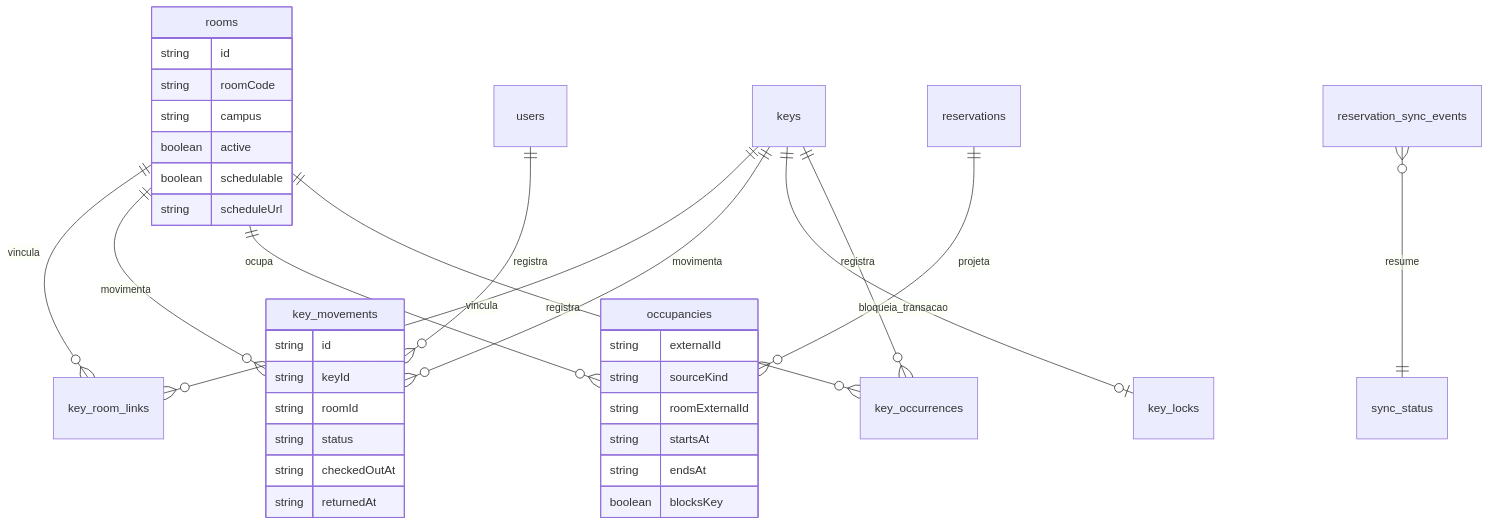
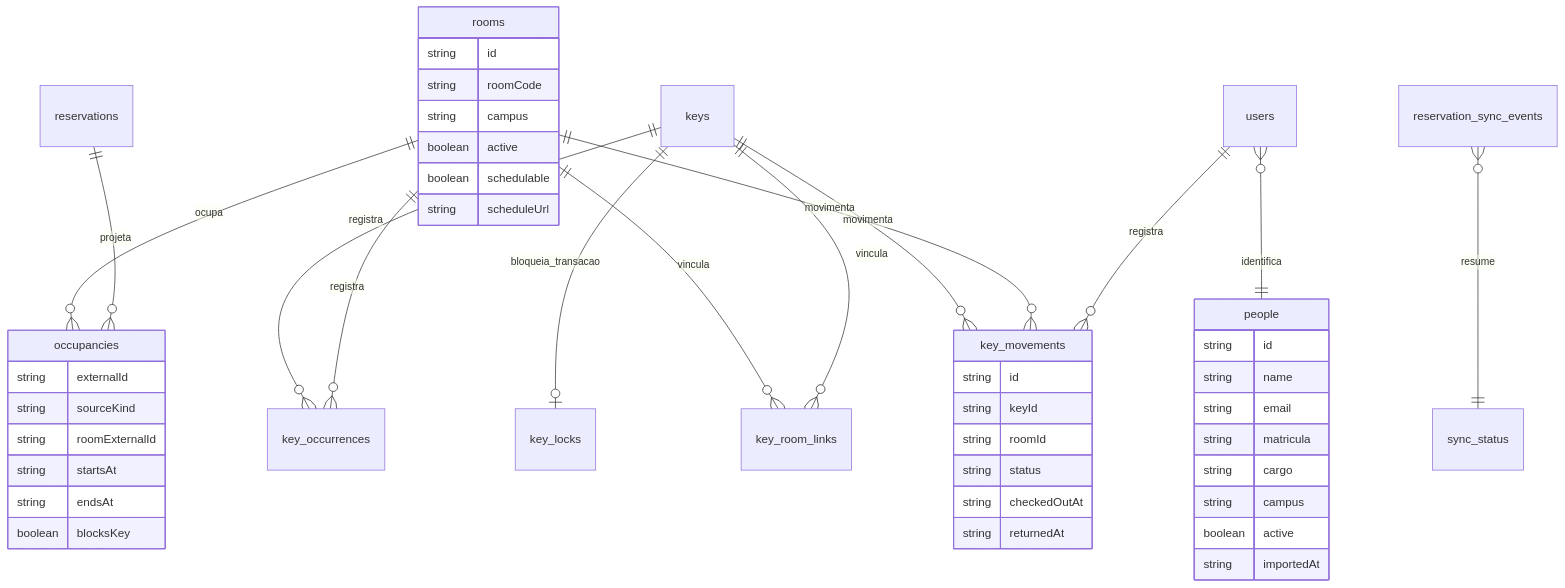
Before and after one commit to jacsonlinux/chaveiro-ifbaps: diagram 13 of 15 in docs/diagramas.md, drawn with Mermaid. The commit also changed 8 other files, not shown here.

````diff
--- a/docs/diagramas.md
+++ b/docs/diagramas.md
@@ -253,41 +253,53 @@
 ```mermaid
 erDiagram
     rooms ||--o{ key_room_links : vincula
     keys ||--o{ key_room_links : vincula
     keys ||--o{ key_movements : movimenta
     rooms ||--o{ key_movements : movimenta
     rooms ||--o{ occupancies : ocupa
     reservations ||--o{ occupancies : projeta
     keys ||--o| key_locks : bloqueia_transacao
     keys ||--o{ key_occurrences : registra
     rooms ||--o{ key_occurrences : registra
     users ||--o{ key_movements : registra
     reservation_sync_events }o--|| sync_status : resume
+    users }o--|| people : identifica
+
+    people {
+      string id
+      string name
+      string email
+      string matricula
+      string cargo
+      string campus
+      boolean active
+      string importedAt
+    }
 
     rooms {
       string id
       string roomCode
       string campus
       boolean active
       boolean schedulable
       string scheduleUrl
     }
 
     occupancies {
       string externalId
       string sourceKind
       string roomExternalId
       string startsAt
       string endsAt
       boolean blocksKey
     }
 
     key_movements {
       string id
       string keyId
       string roomId
       string status
       string checkedOutAt
       string returnedAt
     }
 ```
````
